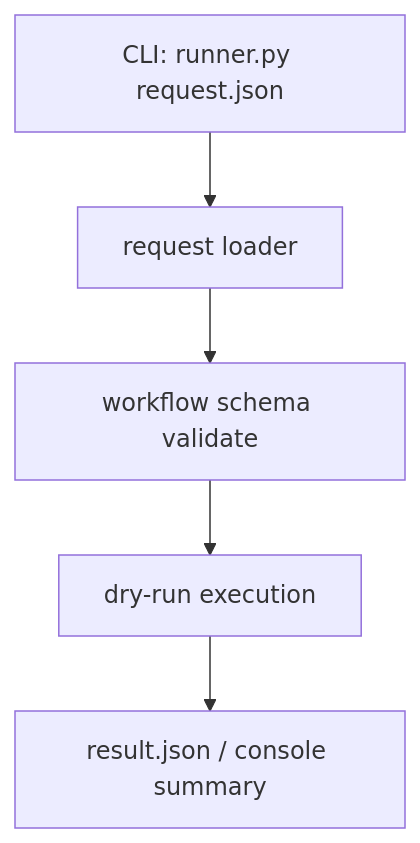
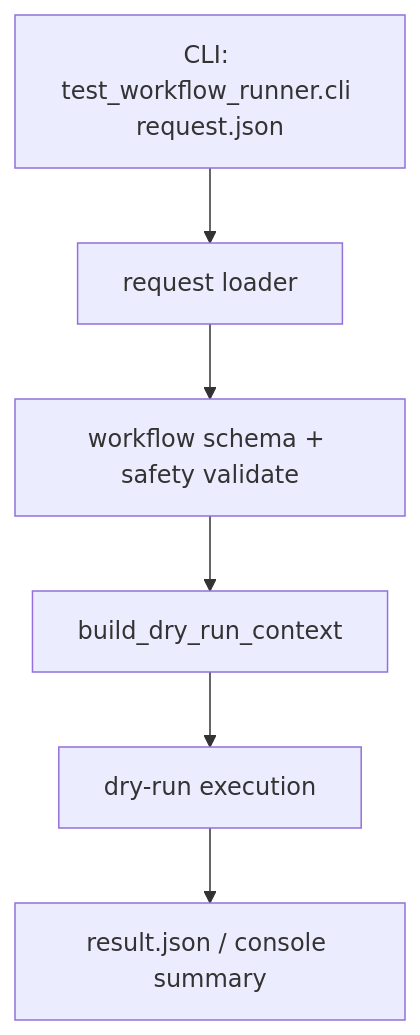
The diagram in docs/modules/test-workflow-runner/steps/step-01-runner-request-loader-and-cli.md (stella555359/jenkins_robotframework), drawn with Mermaid before and after one commit. The commit also changed other lines of this file and 60 other files, not shown here.

````diff
--- a/docs/modules/test-workflow-runner/steps/step-01-runner-request-loader-and-cli.md
+++ b/docs/modules/test-workflow-runner/steps/step-01-runner-request-loader-and-cli.md
@@ -49,7 +63,8 @@
 ```mermaid
 flowchart TD
-Cli["CLI: runner.py request.json"] --> Loader["request loader"]
-Loader --> Schema["workflow schema validate"]
-Schema --> DryRun["dry-run execution"]
+Cli["CLI: test_workflow_runner.cli request.json"] --> Loader["request loader"]
+Loader --> Schema["workflow schema + safety validate"]
+Schema --> Context["build_dry_run_context"]
+Context --> DryRun["dry-run execution"]
 DryRun --> Result["result.json / console summary"]
 ```
````
